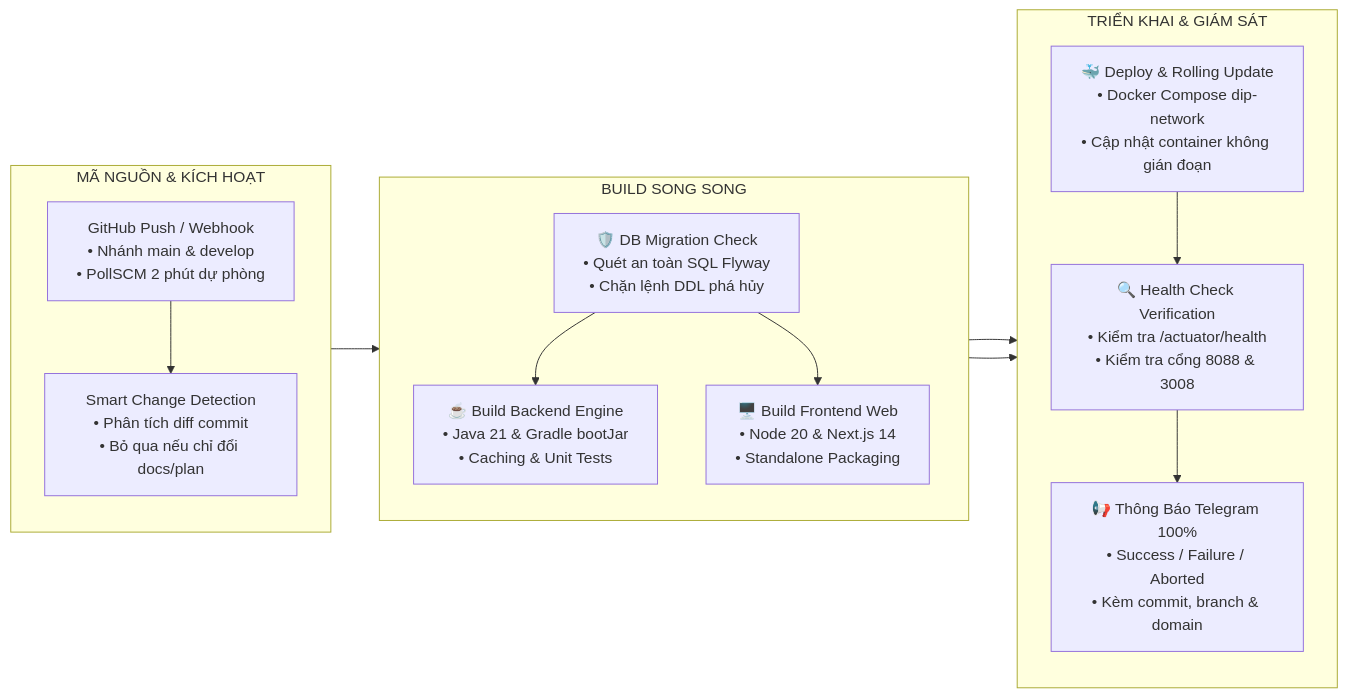
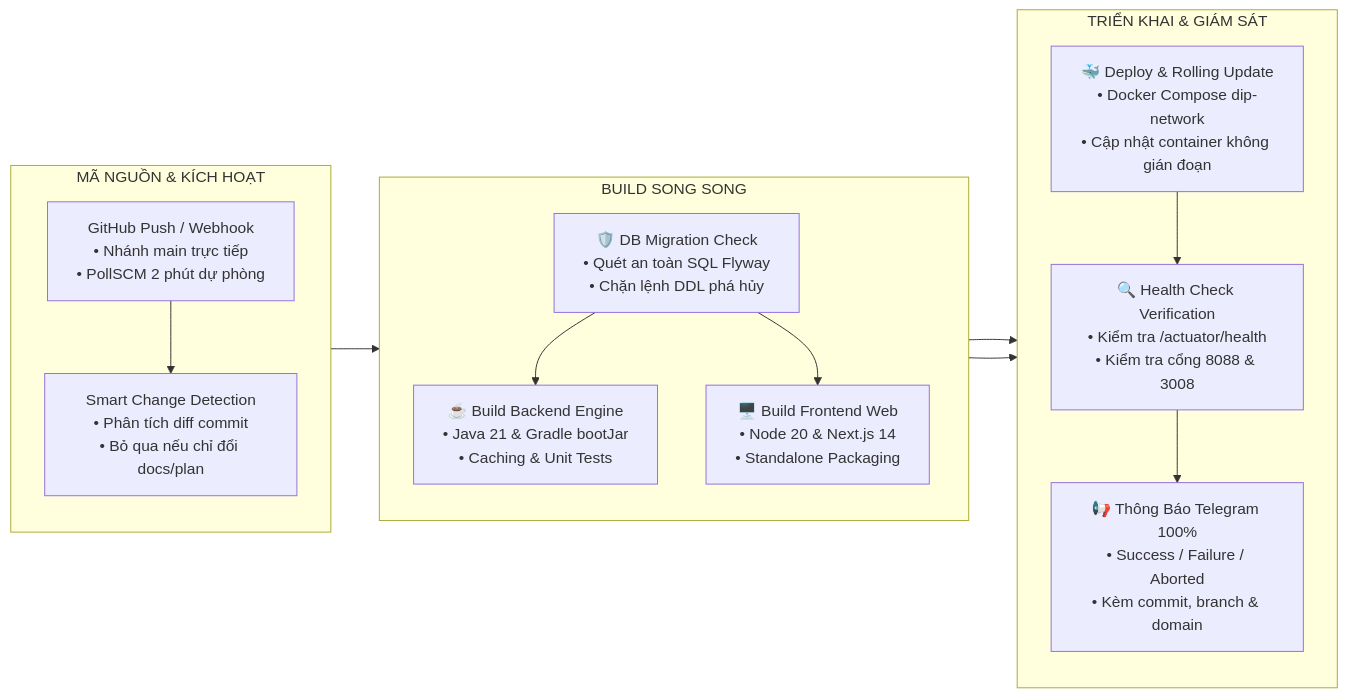
Before and after one commit to chapisoft/micro-report: the diagram in README.md, drawn with Mermaid. The commit also changed 6 other files, not shown here.

````diff
--- a/README.md
+++ b/README.md
@@ -179,31 +179,31 @@
 ```mermaid
 flowchart LR
     subgraph S_SRC ["MÃ NGUỒN & KÍCH HOẠT"]
         direction TB
-        GitPush["GitHub Push / Webhook<br/>• Nhánh main & develop<br/>• PollSCM 2 phút dự phòng"]
+        GitPush["GitHub Push / Webhook<br/>• Nhánh main trực tiếp<br/>• PollSCM 2 phút dự phòng"]
         SmartDetect["Smart Change Detection<br/>• Phân tích diff commit<br/>• Bỏ qua nếu chỉ đổi docs/plan"]
         GitPush --> SmartDetect
     end
 
     subgraph S_BUILD ["BUILD SONG SONG"]
         direction TB
         BE_Build["☕ Build Backend Engine<br/>• Java 21 & Gradle bootJar<br/>• Caching & Unit Tests"]
         FE_Build["🖥️ Build Frontend Web<br/>• Node 20 & Next.js 14<br/>• Standalone Packaging"]
         MigrationCheck["🛡️ DB Migration Check<br/>• Quét an toàn SQL Flyway<br/>• Chặn lệnh DDL phá hủy"]
         MigrationCheck --> BE_Build
         MigrationCheck --> FE_Build
     end
 
     subgraph S_DEPLOY ["TRIỂN KHAI & GIÁM SÁT"]
         direction TB
         DockerDeploy["🐳 Deploy & Rolling Update<br/>• Docker Compose dip-network<br/>• Cập nhật container không gián đoạn"]
         HealthCheck["🔍 Health Check Verification<br/>• Kiểm tra /actuator/health<br/>• Kiểm tra cổng 8088 & 3008"]
         TelegramAlert["📢 Thông Báo Telegram 100%<br/>• Success / Failure / Aborted<br/>• Kèm commit, branch & domain"]
         DockerDeploy --> HealthCheck
         HealthCheck --> TelegramAlert
     end
 
     SmartDetect --> MigrationCheck
     BE_Build --> DockerDeploy
     FE_Build --> DockerDeploy
 ```
````
